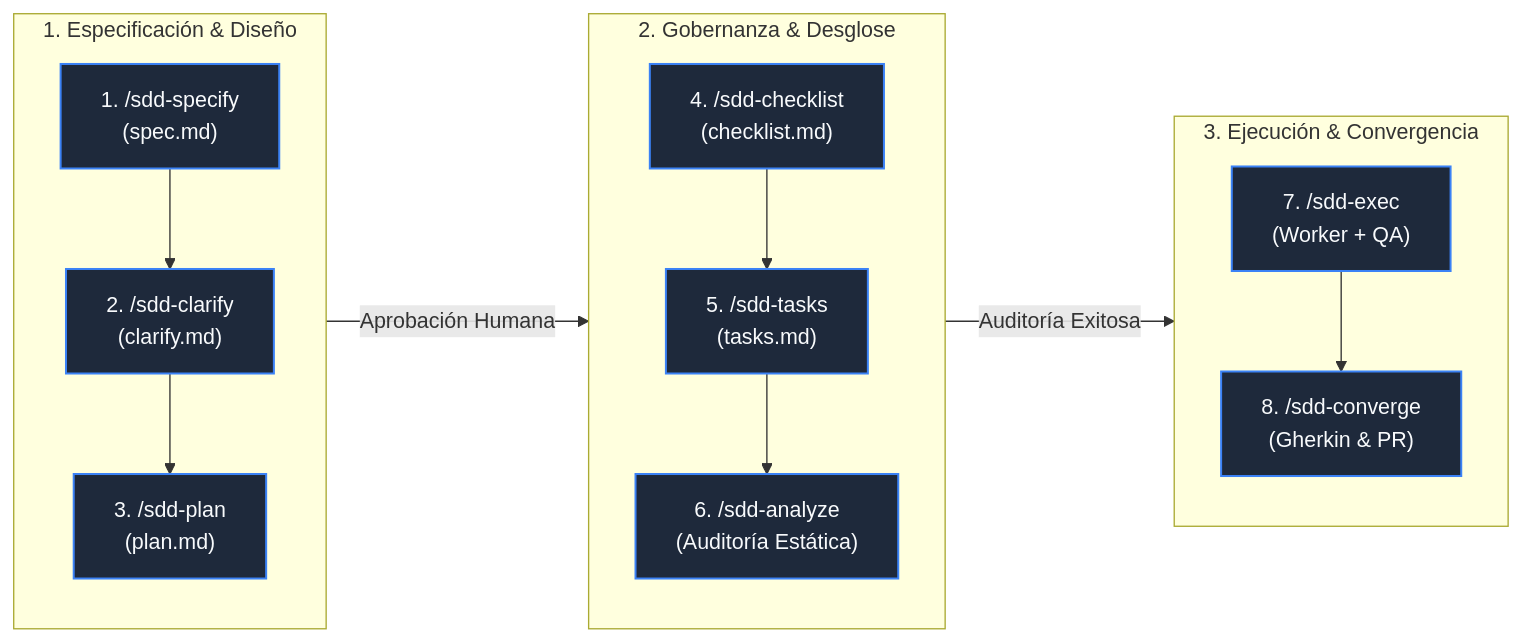
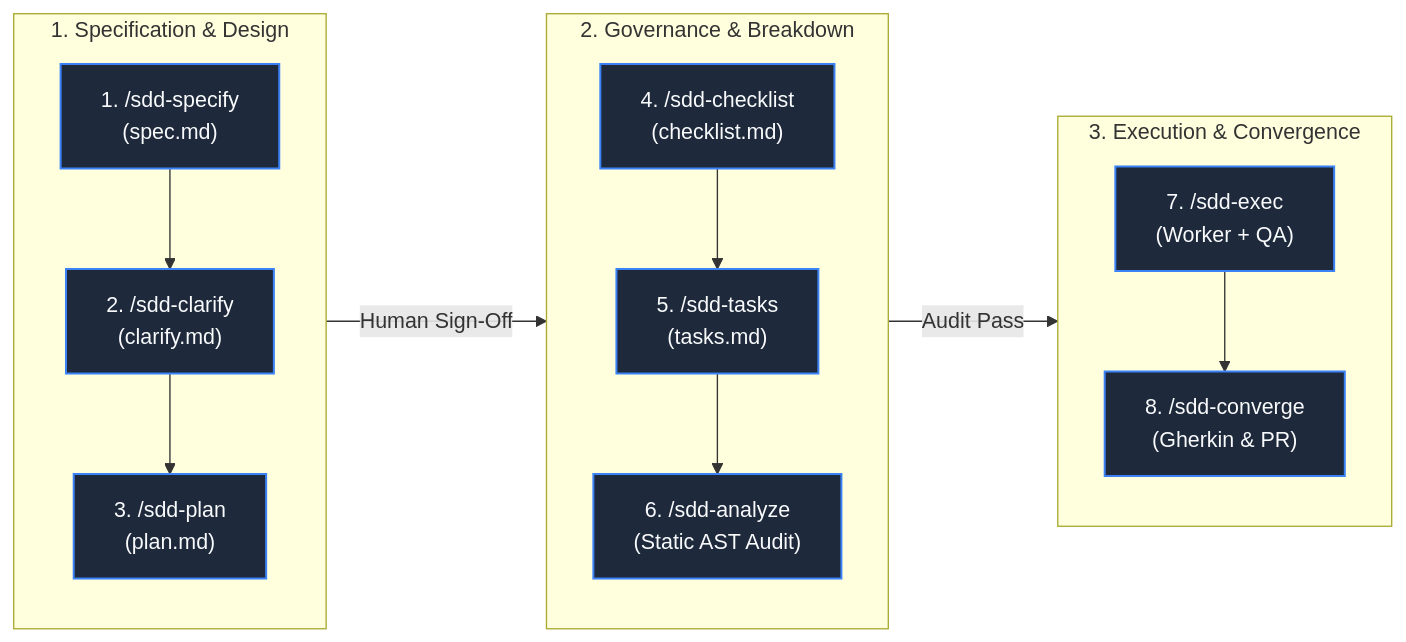
One commit to EzeCuccorese/ia-spec-ops-engine changed the diagram in docs/sdd/lifecycle.md. Above: the diagram before and after it, drawn with Mermaid. The commit also changed other lines of this file and 47 other files, not shown here.

````diff
--- a/docs/sdd/lifecycle.md
+++ b/docs/sdd/lifecycle.md
@@ -11,20 +11,20 @@
 ```mermaid
 flowchart LR
-    subgraph S1 ["1. Especificación & Diseño"]
+    subgraph S1 ["1. Specification & Design"]
         F1["1. /sdd-specify<br/>(spec.md)"] --> F2["2. /sdd-clarify<br/>(clarify.md)"] --> F3["3. /sdd-plan<br/>(plan.md)"]
     end
 
-    subgraph S2 ["2. Gobernanza & Desglose"]
-        F4["4. /sdd-checklist<br/>(checklist.md)"] --> F5["5. /sdd-tasks<br/>(tasks.md)"] --> F6["6. /sdd-analyze<br/>(Auditoría Estática)"]
+    subgraph S2 ["2. Governance & Breakdown"]
+        F4["4. /sdd-checklist<br/>(checklist.md)"] --> F5["5. /sdd-tasks<br/>(tasks.md)"] --> F6["6. /sdd-analyze<br/>(Static AST Audit)"]
     end
 
-    subgraph S3 ["3. Ejecución & Convergencia"]
+    subgraph S3 ["3. Execution & Convergence"]
         F7["7. /sdd-exec<br/>(Worker + QA)"] --> F8["8. /sdd-converge<br/>(Gherkin & PR)"]
     end
 
-    S1 -->|"Aprobación Humana"| S2
-    S2 -->|"Auditoría Exitosa"| S3
+    S1 -->|"Human Sign-Off"| S2
+    S2 -->|"Audit Pass"| S3
 
     classDef stageBox fill:#1e293b,stroke:#3b82f6,stroke-width:1.5px,color:#f8fafc;
     class F1,F2,F3,F4,F5,F6,F7,F8 stageBox;
 ```
````
